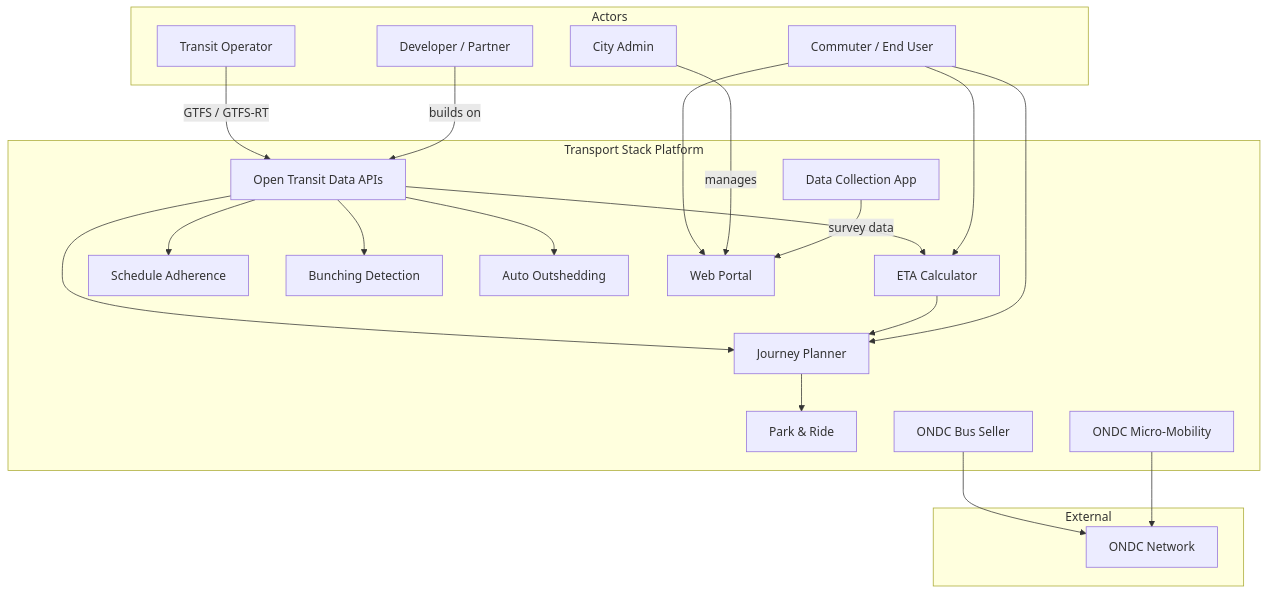
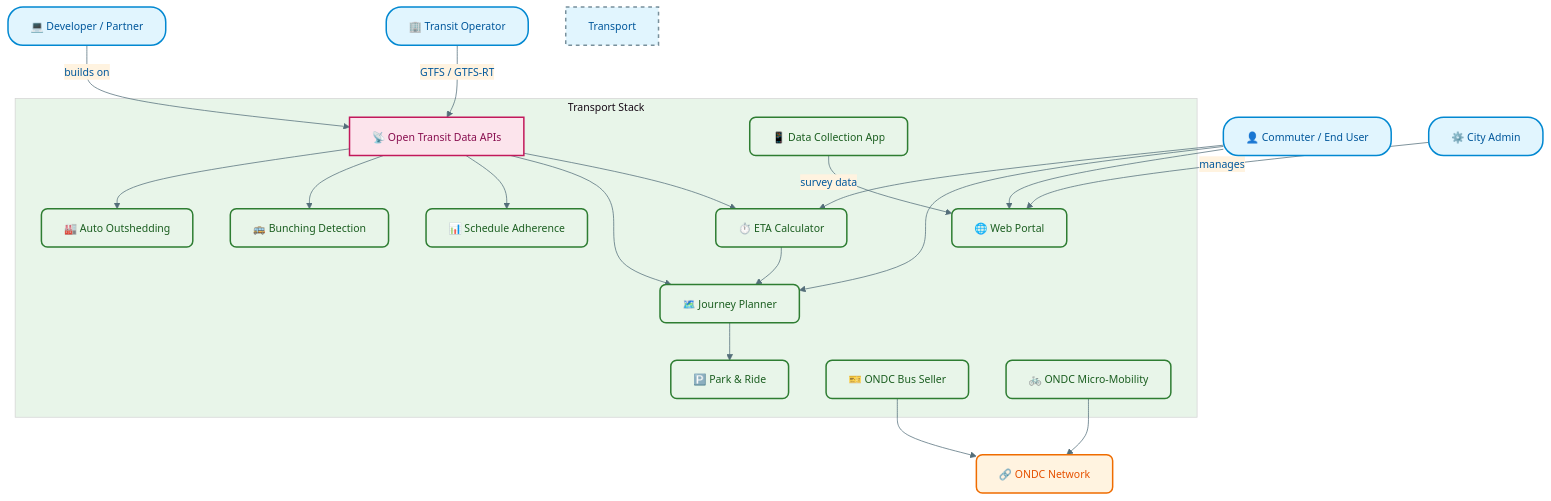
The first of 4 diagrams in docs/architecture/overview.md (transport-stack/wiki-transport-stack), drawn with Mermaid before and after one commit. The commit also changed other lines of this file, not shown here.

Commit message:
docs: add color themes, icons, and styled shapes to all Mermaid diagrams

````diff
--- a/docs/architecture/overview.md
+++ b/docs/architecture/overview.md
@@ -30,44 +28,47 @@
 ```mermaid
+%%{init: {'theme': 'base', 'themeVariables': { 'primaryColor': '#e1f5fe', 'primaryTextColor': '#01579b', 'primaryBorderColor': '#0288d1', 'lineColor': '#546e7a', 'secondaryColor': '#fff3e0', 'tertiaryColor': '#e8f5e9', 'fontFamily': 'Inter, sans-serif', 'fontSize': '14px' }}}%%
 graph TB
-    subgraph Actors
-        C[Commuter / End User]
-        PTO[Transit Operator]
-        ADMIN[City Admin]
-        DEV[Developer / Partner]
+    classDef actor fill:#e1f5fe,stroke:#0288d1,stroke-width:2px,color:#01579b,rx:20px,ry:20px
+    classDef module fill:#e8f5e9,stroke:#2e7d32,stroke-width:2px,color:#1b5e20,rx:8px,ry:8px
+    classDef external fill:#fff3e0,stroke:#ef6c00,stroke-width:2px,color:#e65100,rx:8px,ry:8px
+    classDef data fill:#fce4ec,stroke:#c2185b,stroke-width:2px,color:#880e4f,shape:cylinder
+
+    C["👤 Commuter / End User"]:::actor
+    PTO["🏢 Transit Operator"]:::actor
+    ADMIN["⚙️ City Admin"]:::actor
+    DEV["💻 Developer / Partner"]:::actor
+
+    subgraph "Transport Stack"
+        style Transport Stack fill:#f8f9fa,stroke:#78909c,stroke-width:2px,stroke-dasharray: 5 5
+        OTD["📡 Open Transit Data APIs"]:::data
+        ETA["⏱️ ETA Calculator"]:::module
+        JP["🗺️ Journey Planner"]:::module
+        SA["📊 Schedule Adherence"]:::module
+        BUN["🚌 Bunching Detection"]:::module
+        AOS["🏭 Auto Outshedding"]:::module
+        PR["🅿️ Park & Ride"]:::module
+        ONDC_S["🎫 ONDC Bus Seller"]:::module
+        ONDC_M["🚲 ONDC Micro-Mobility"]:::module
+        PORTAL["🌐 Web Portal"]:::module
+        COLLECT["📱 Data Collection App"]:::module
     end
 
-    subgraph "Transport Stack Platform"
-        OTD[Open Transit Data APIs]
-        ETA[ETA Calculator]
-        JP[Journey Planner]
-        SA[Schedule Adherence]
-        BUN[Bunching Detection]
-        AOS[Auto Outshedding]
-        PR[Park & Ride]
-        ONDC_S[ONDC Bus Seller]
-        ONDC_M[ONDC Micro-Mobility]
-        PORTAL[Web Portal]
-        COLLECT[Data Collection App]
-    end
+    ONDC_NET["🔗 ONDC Network"]:::external
 
-    subgraph External
-        ONDC_NET[ONDC Network]
-    end
-
-    PTO -->|GTFS / GTFS-RT| OTD
+    PTO --"GTFS / GTFS-RT"--> OTD
     OTD --> ETA
     OTD --> JP
     OTD --> SA
     OTD --> BUN
     OTD --> AOS
     ETA --> JP
     JP --> PR
     C --> PORTAL
     C --> JP
     C --> ETA
-    DEV -->|builds on| OTD
-    ADMIN -->|manages| PORTAL
-    COLLECT -->|survey data| PORTAL
+    DEV --"builds on"--> OTD
+    ADMIN --"manages"--> PORTAL
+    COLLECT --"survey data"--> PORTAL
     ONDC_S --> ONDC_NET
     ONDC_M --> ONDC_NET
 ```
````
